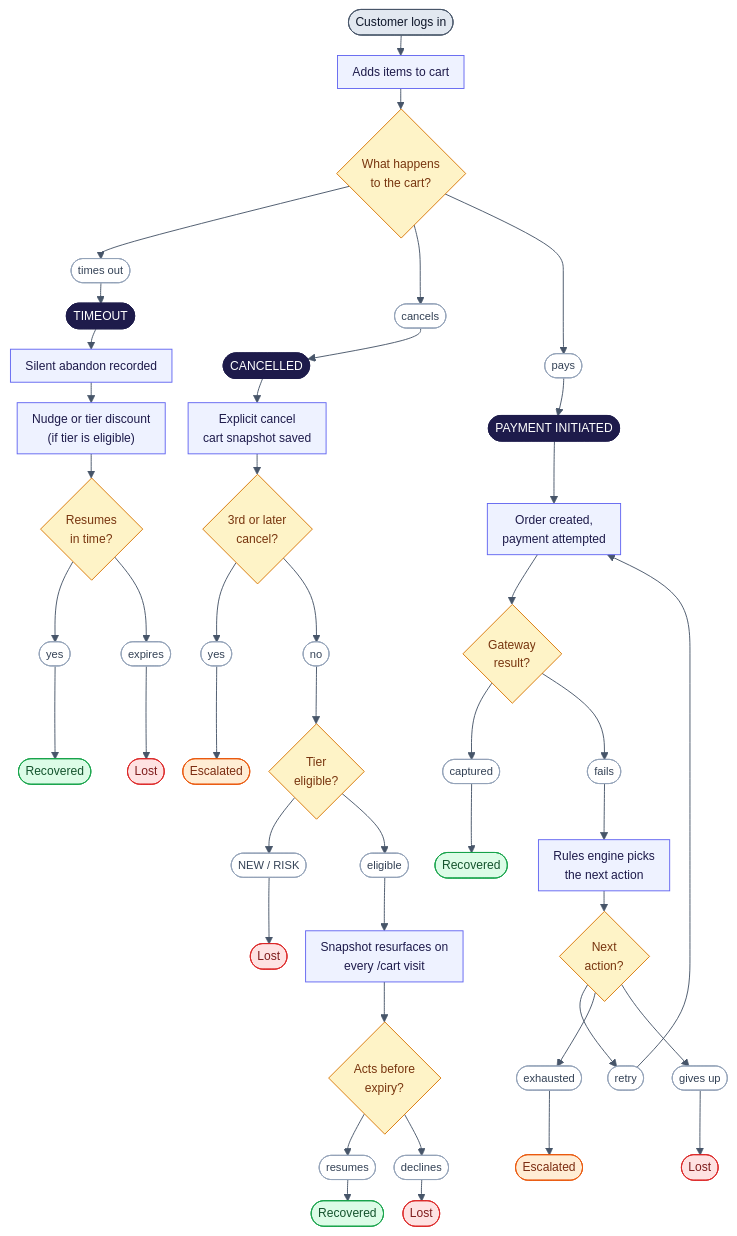
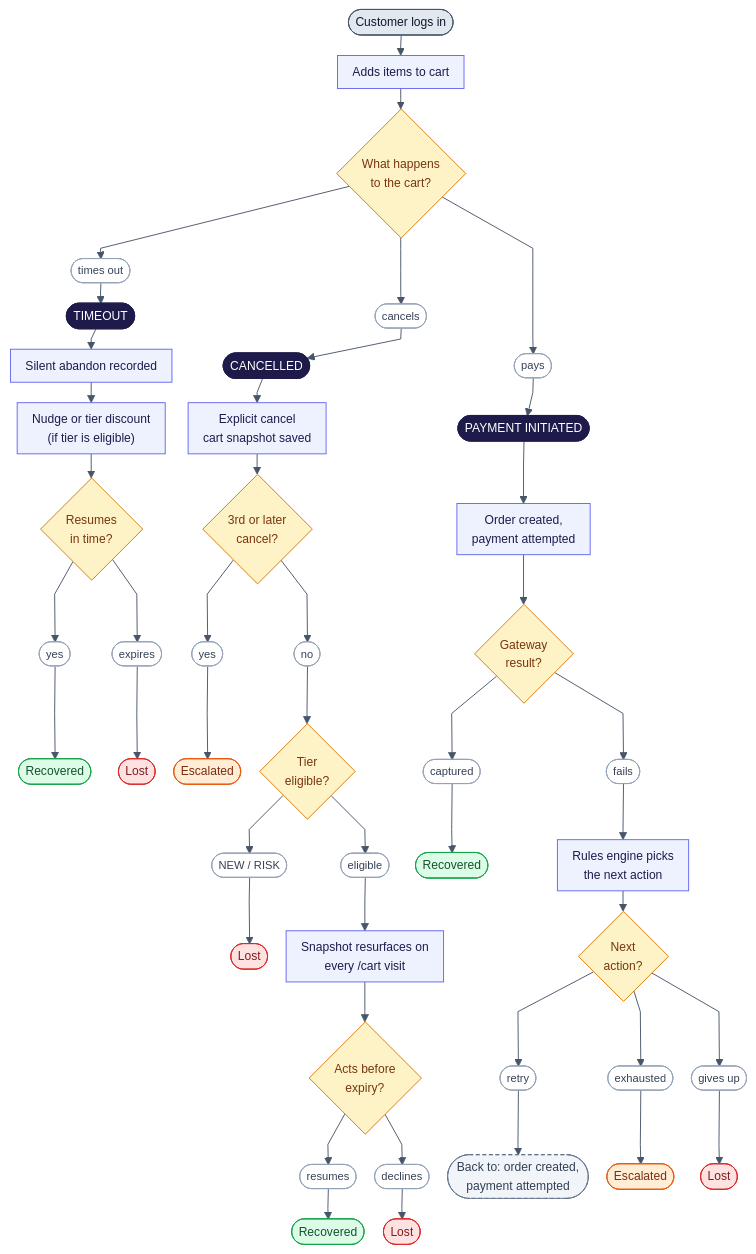
Before and after one commit to Lakshaykhatri231/Backstop: the diagram in docs/diagrams/customer-journey.mmd, drawn with Mermaid. The commit also changed 4 other files, not shown here.

Commit message:
Personalised voice agent, Dragon HD pace and pauses, straight-line architecture diagrams

```diff
--- a/docs/diagrams/customer-journey.mmd
+++ b/docs/diagrams/customer-journey.mmd
@@ -1,94 +1,97 @@
-%%{init: {'theme':'base','themeVariables':{'fontSize':'13px','lineColor':'#475569'},'flowchart':{'nodeSpacing':20,'rankSpacing':22,'padding':8,'htmlLabels':true}}}%%
+%%{init: {'theme':'base','themeVariables':{'fontSize':'13px','lineColor':'#475569'},'flowchart':{'curve':'linear','nodeSpacing':20,'rankSpacing':22,'padding':8,'htmlLabels':true}}}%%
 flowchart TD
     START(["Customer logs in"])
     CART["Adds items to cart"]
     FORK{"What happens<br/>to the cart?"}
     TH(["TIMEOUT"])
     CH(["CANCELLED"])
     PH(["PAYMENT INITIATED"])
     T1["Silent abandon recorded"]
     T2["Nudge or tier discount<br/>(if tier is eligible)"]
     T3{"Resumes<br/>in time?"}
     TR(["Recovered"])
     TL(["Lost"])
     C1["Explicit cancel<br/>cart snapshot saved"]
     C2{"3rd or later<br/>cancel?"}
     CE(["Escalated"])
     C3{"Tier<br/>eligible?"}
     CL1(["Lost"])
     C4["Snapshot resurfaces on<br/>every /cart visit"]
     C5{"Acts before<br/>expiry?"}
     CR(["Recovered"])
     CL2(["Lost"])
     P1["Order created,<br/>payment attempted"]
     P2{"Gateway<br/>result?"}
     PR(["Recovered"])
     P3["Rules engine picks<br/>the next action"]
     P4{"Next<br/>action?"}
+    RT(["Back to: order created,<br/>payment attempted"])
     PE(["Escalated"])
     PL(["Lost"])
     START --> CART
     CART --> FORK
     FORK --> L1(["times out"])
     L1 --> TH
     FORK --> L2(["cancels"])
     L2 --> CH
     FORK --> L3(["pays"])
     L3 --> PH
     TH --> T1
     T1 --> T2
     T2 --> T3
     T3 --> L4(["yes"])
     L4 --> TR
     T3 --> L5(["expires"])
     L5 --> TL
     CH --> C1
     C1 --> C2
     C2 --> L6(["yes"])
     L6 --> CE
     C2 --> L7(["no"])
     L7 --> C3
     C3 --> L8(["NEW / RISK"])
     L8 --> CL1
     C3 --> L9(["eligible"])
     L9 --> C4
     C4 --> C5
     C5 --> L10(["resumes"])
     L10 --> CR
     C5 --> L11(["declines"])
     L11 --> CL2
     PH --> P1
     P1 --> P2
     P2 --> L12(["captured"])
     L12 --> PR
     P2 --> L13(["fails"])
     L13 --> P3
     P3 --> P4
     P4 --> L14(["retry"])
-    L14 --> P1
+    L14 --> RT
     P4 --> L15(["exhausted"])
     L15 --> PE
     P4 --> L16(["gives up"])
     L16 --> PL
     TH ~~~ CH
     CH ~~~ PH
 
     classDef start fill:#e2e8f0,stroke:#475569,color:#0f172a
     classDef head fill:#1e1b4b,stroke:#1e1b4b,color:#ffffff
     classDef step fill:#eef2ff,stroke:#6366f1,color:#1e1b4b
     classDef cart fill:#ccfbf1,stroke:#0d9488,color:#134e4a
     classDef ask fill:#fef3c7,stroke:#d97706,color:#78350f
     classDef ai fill:#f3e8ff,stroke:#9333ea,color:#3b0764
     classDef good fill:#dcfce7,stroke:#16a34a,color:#14532d
     classDef bad fill:#fee2e2,stroke:#dc2626,color:#7f1d1d
     classDef person fill:#ffedd5,stroke:#ea580c,color:#7c2d12
     classDef log fill:#e0f2fe,stroke:#0284c7,color:#0c4a6e
+    classDef loop fill:#f1f5f9,stroke:#64748b,stroke-dasharray:4 3,color:#334155
     classDef tag fill:#ffffff,stroke:#94a3b8,color:#334155,font-size:12px
     class START start
     class TH,CH,PH head
     class CART,T1,T2,C1,C4,P1,P3 step
     class FORK,T3,C2,C3,C5,P2,P4 ask
     class TR,CR,PR good
     class TL,CL1,CL2,PL bad
     class CE,PE person
+    class RT loop
     class L1,L2,L3,L4,L5,L6,L7,L8,L9,L10,L11,L12,L13,L14,L15,L16 tag
```
